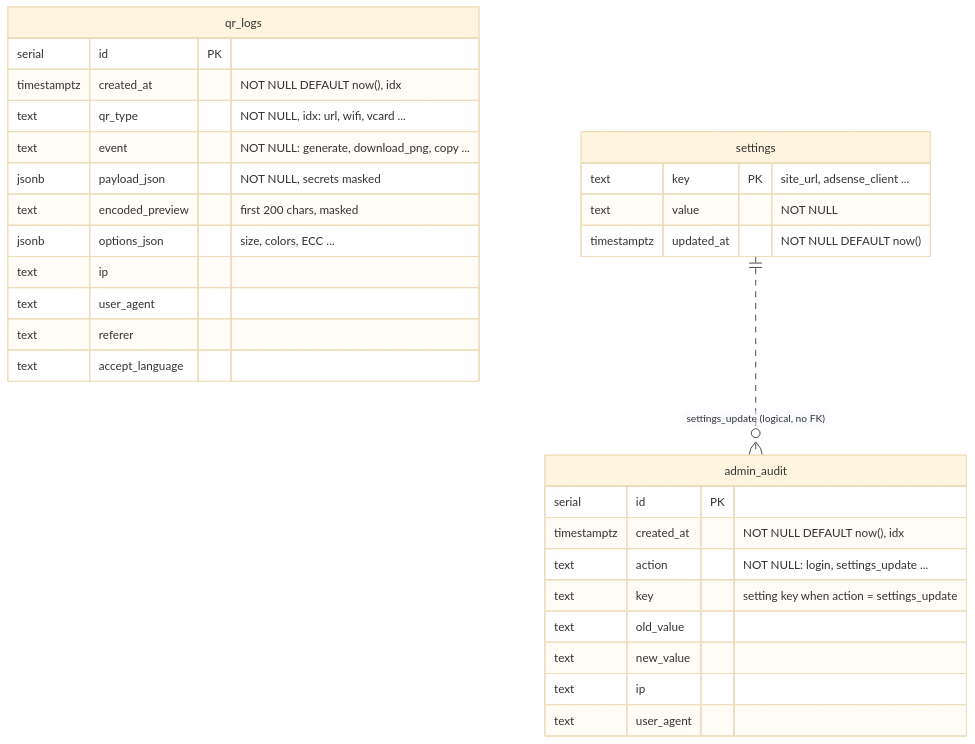
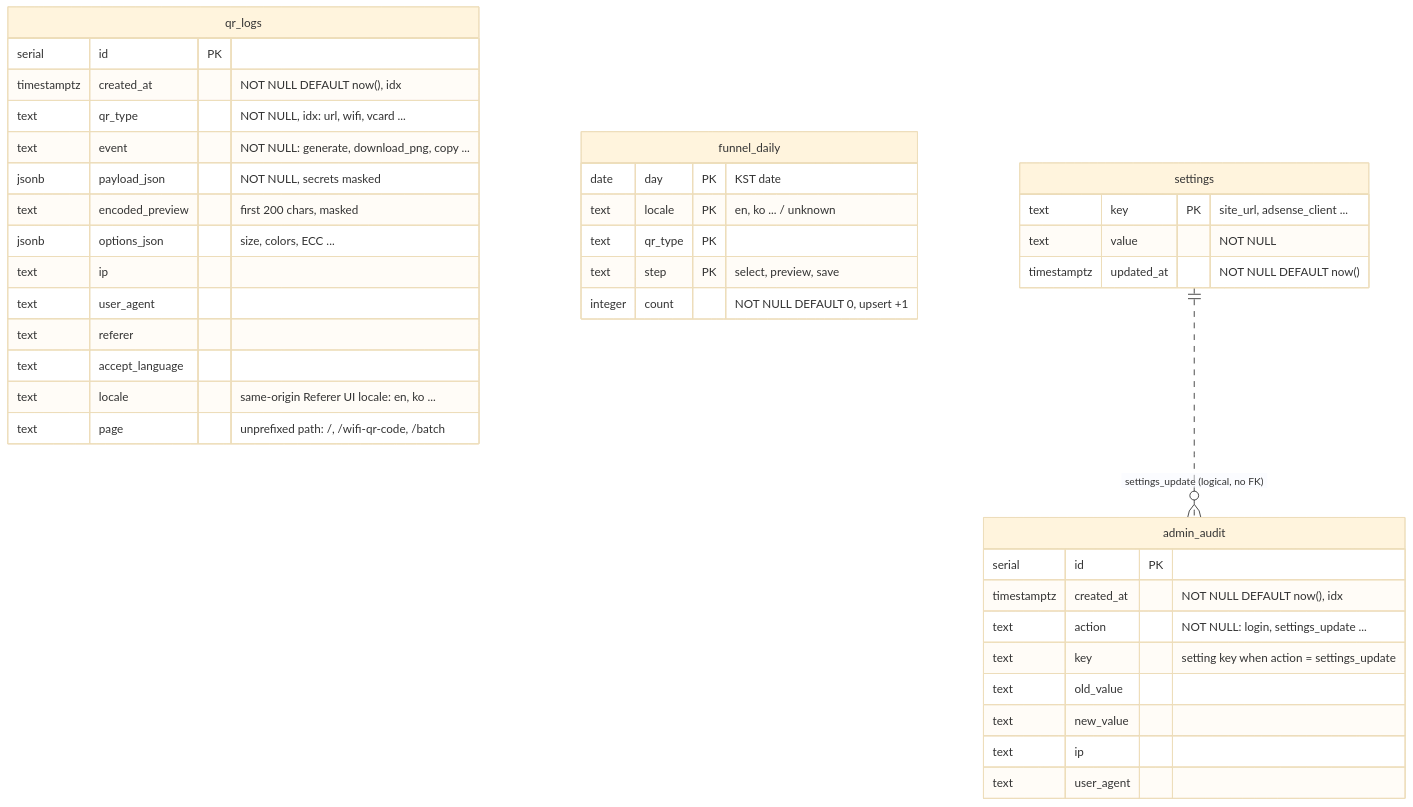
Before and after one commit to vittroi384/qr-web: the diagram in docs/ERD.md, drawn with Mermaid (base theme). The commit also changed other lines of this file and 52 other files, not shown here.

````diff
--- a/docs/ERD.md
+++ b/docs/ERD.md
@@ -7,35 +7,45 @@
 ```mermaid
 erDiagram
     qr_logs {
         serial id PK
         timestamptz created_at "NOT NULL DEFAULT now(), idx"
         text qr_type "NOT NULL, idx: url, wifi, vcard ..."
         text event "NOT NULL: generate, download_png, copy ..."
         jsonb payload_json "NOT NULL, secrets masked"
         text encoded_preview "first 200 chars, masked"
         jsonb options_json "size, colors, ECC ..."
         text ip
         text user_agent
         text referer
         text accept_language
+        text locale "same-origin Referer UI locale: en, ko ..."
+        text page "unprefixed path: /, /wifi-qr-code, /batch"
+    }
+
+    funnel_daily {
+        date day PK "KST date"
+        text locale PK "en, ko ... / unknown"
+        text qr_type PK
+        text step PK "select, preview, save"
+        integer count "NOT NULL DEFAULT 0, upsert +1"
     }
 
     settings {
         text key PK "site_url, adsense_client ..."
         text value "NOT NULL"
         timestamptz updated_at "NOT NULL DEFAULT now()"
     }
 
     admin_audit {
         serial id PK
         timestamptz created_at "NOT NULL DEFAULT now(), idx"
         text action "NOT NULL: login, settings_update ..."
         text key "setting key when action = settings_update"
         text old_value
         text new_value
         text ip
         text user_agent
     }
 
     settings ||..o{ admin_audit : "settings_update (logical, no FK)"
 ```
````
